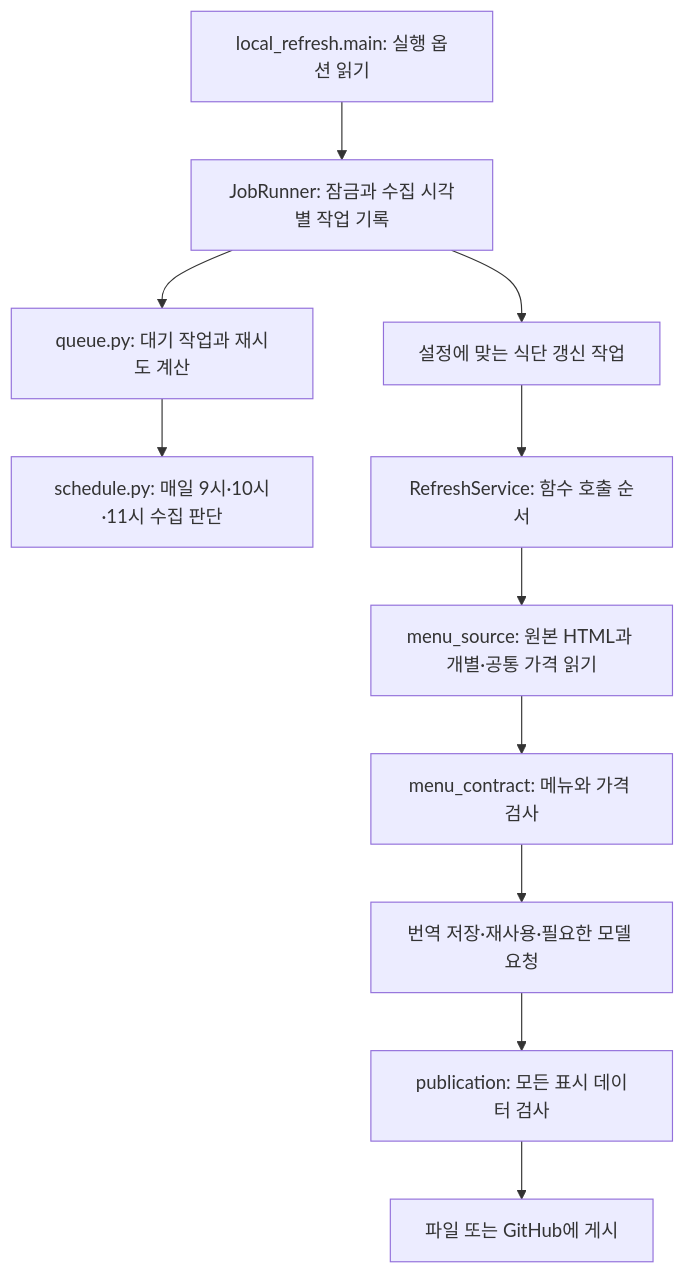
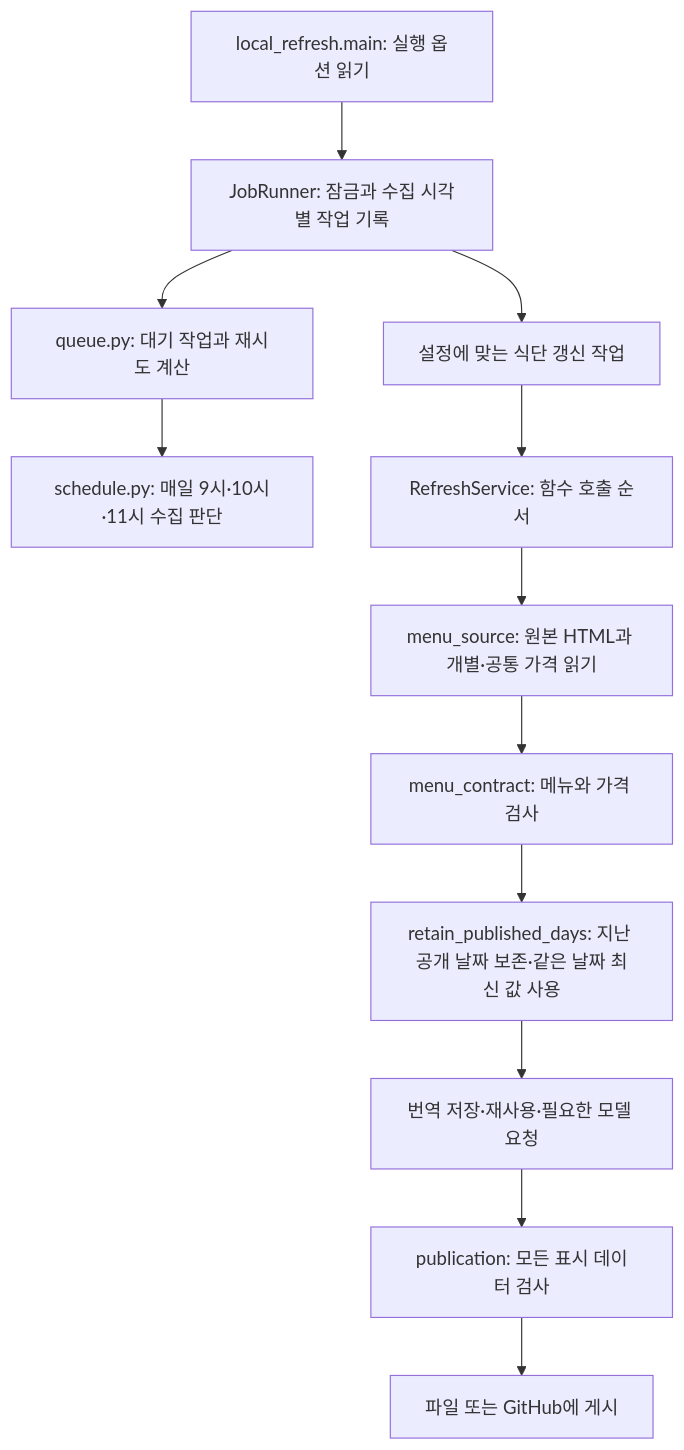
One commit to garlicvread/2026_KIST_EU_accelerating_MENSA_menu_lookup changed the diagram in docs/architecture.md. Above: the diagram before and after it, drawn with Mermaid. The commit also changed other lines of this file and 8 other files, not shown here.

````diff
--- a/docs/architecture.md
+++ b/docs/architecture.md
@@ -21,13 +21,14 @@
 ```mermaid
 flowchart TD
   Entry[local_refresh.main: 실행 옵션 읽기] --> Runner[JobRunner: 잠금과 수집 시각별 작업 기록]
   Runner --> Queue[queue.py: 대기 작업과 재시도 계산]
   Queue --> Schedule[schedule.py: 매일 9시·10시·11시 수집 판단]
   Runner --> Job[설정에 맞는 식단 갱신 작업]
   Job --> Service[RefreshService: 함수 호출 순서]
   Service --> Source[menu_source: 원본 HTML과 개별·공통 가격 읽기]
   Source --> Check[menu_contract: 메뉴와 가격 검사]
-  Check --> Translate[번역 저장·재사용·필요한 모델 요청]
+  Check --> Retain[retain_published_days: 지난 공개 날짜 보존·같은 날짜 최신 값 사용]
+  Retain --> Translate[번역 저장·재사용·필요한 모델 요청]
   Translate --> Complete[publication: 모든 표시 데이터 검사]
   Complete --> Publish[파일 또는 GitHub에 게시]
 ```
````
